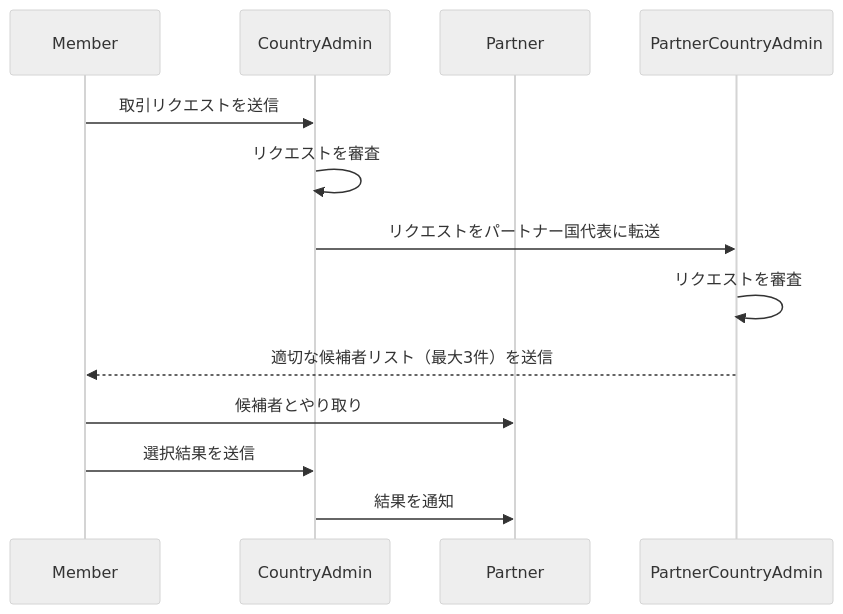
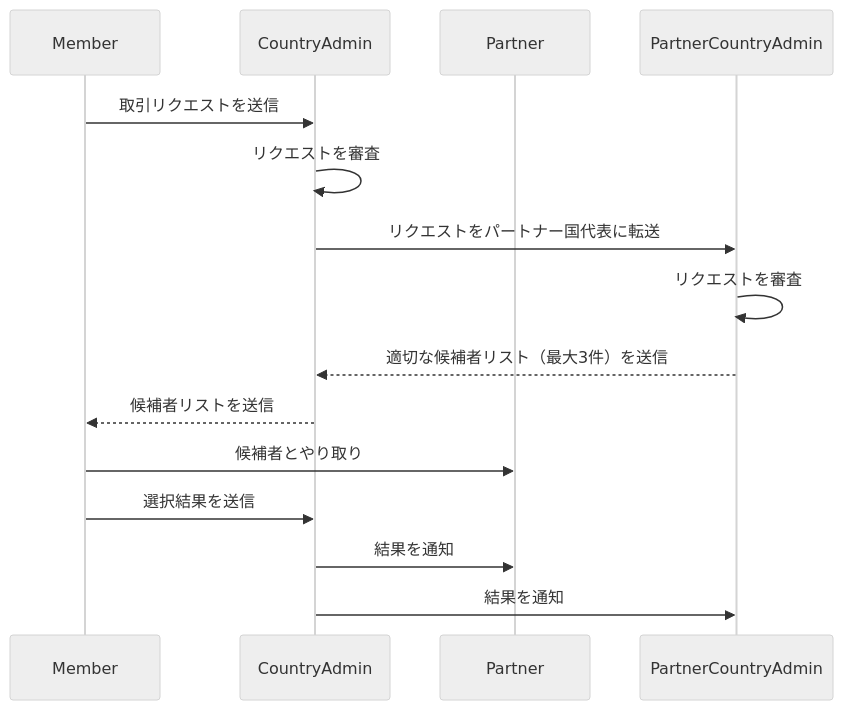
One commit to yopaz-tuanta/aloha-mermaid changed the diagram in negotiation_jp.mmd. Above: the diagram before and after it, drawn with Mermaid (neutral theme). The commit also changed 3 other files, not shown here.

Commit message:
update diagram

```diff
--- a/negotiation_jp.mmd
+++ b/negotiation_jp.mmd
@@ -1,15 +1,16 @@
 sequenceDiagram
     participant Member
     participant CountryAdmin
     participant Partner
     participant PartnerCountryAdmin
 
-
     Member->>CountryAdmin: 取引リクエストを送信
     CountryAdmin->>CountryAdmin: リクエストを審査
     CountryAdmin->>PartnerCountryAdmin: リクエストをパートナー国代表に転送
     PartnerCountryAdmin->>PartnerCountryAdmin: リクエストを審査
-    PartnerCountryAdmin-->>Member: 適切な候補者リスト（最大3件）を送信
+    PartnerCountryAdmin-->>CountryAdmin: 適切な候補者リスト（最大3件）を送信
+    CountryAdmin-->>Member: 候補者リストを送信
     Member->>Partner: 候補者とやり取り
     Member->>CountryAdmin: 選択結果を送信
     CountryAdmin->>Partner: 結果を通知
+    CountryAdmin->>PartnerCountryAdmin: 結果を通知
```
